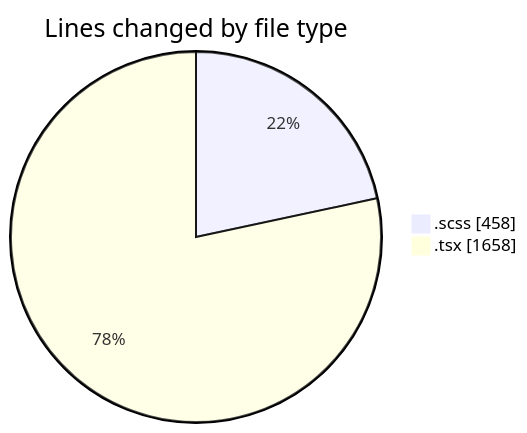
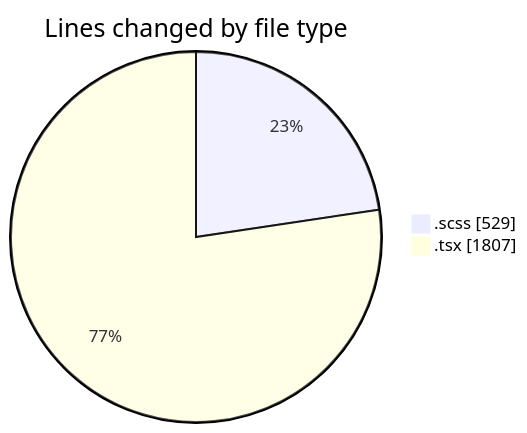
The first of 2 diagrams in 2025-08-28/cda/README.md (momahboobian/code-tracking), drawn with Mermaid before and after one commit. The commit also changed other lines of this file and 1 other file, not shown here.

````diff
--- a/2025-08-28/cda/README.md
+++ b/2025-08-28/cda/README.md
@@ -26,6 +26,6 @@
 ```mermaid
 pie showData
 title Lines changed by file type
-".scss" : 458
-".tsx" : 1658
+".scss" : 529
+".tsx" : 1807
 ```
````
